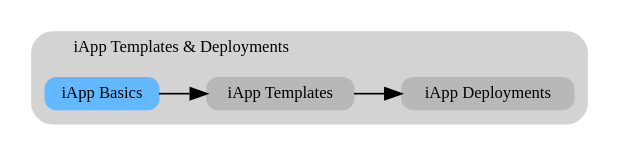
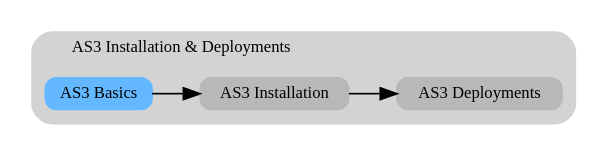
Before and after one commit to f5devcentral/f5-automation-labs: the diagram in docs/class1/module2/lab1.rst, drawn with Graphviz. The commit also changed other lines of this file and 224 other files, not shown here.

```diff
--- a/docs/class1/module2/lab1.rst
+++ b/docs/class1/module2/lab1.rst
@@ -4,19 +4,19 @@
 .. graphviz::
 
    digraph breadcrumb {
       rankdir="LR"
       ranksep=.4
       node [fontsize=10,style="rounded,filled",shape=box,color=gray72,margin="0.05,0.05",height=0.1]
       fontsize = 10
       labeljust="l"
       subgraph cluster_provider {
          style = "rounded,filled"
          color = lightgrey
          height = .75
-         label = "iApp Templates & Deployments"
-         basics [label="iApp Basics",color="steelblue1"]
-         templates [label="iApp Templates"]
-         deployments [label="iApp Deployments"]
+         label = "AS3 Installation & Deployments"
+         basics [label="AS3 Basics",color="steelblue1"]
+         templates [label="AS3 Installation"]
+         deployments [label="AS3 Deployments"]
          basics -> templates -> deployments
       }
    }
```
